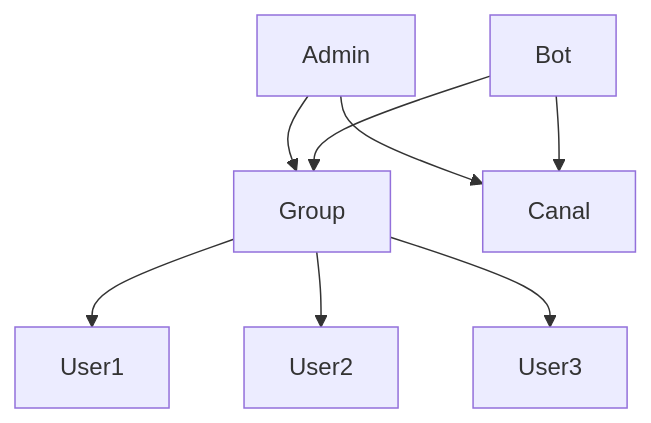
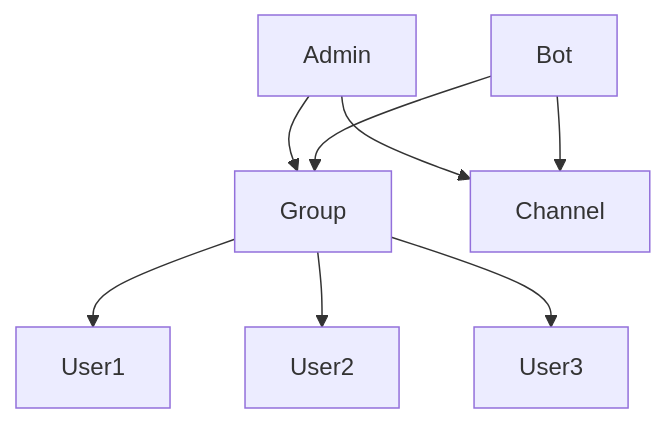
One commit to i5anin/doc changed the diagram in algoritm.md. Above: the diagram before and after it, drawn with Mermaid.

````diff
--- a/algoritm.md
+++ b/algoritm.md
@@ -31,10 +31,10 @@
 ```mermaid
 graph TD
     Admin --> Group
-    Admin --> Canal
+    Admin --> Channel
     Bot --> Group
-    Bot --> Canal
+    Bot --> Channel
     Group --> User1
     Group --> User2
     Group --> User3
 ```
````
